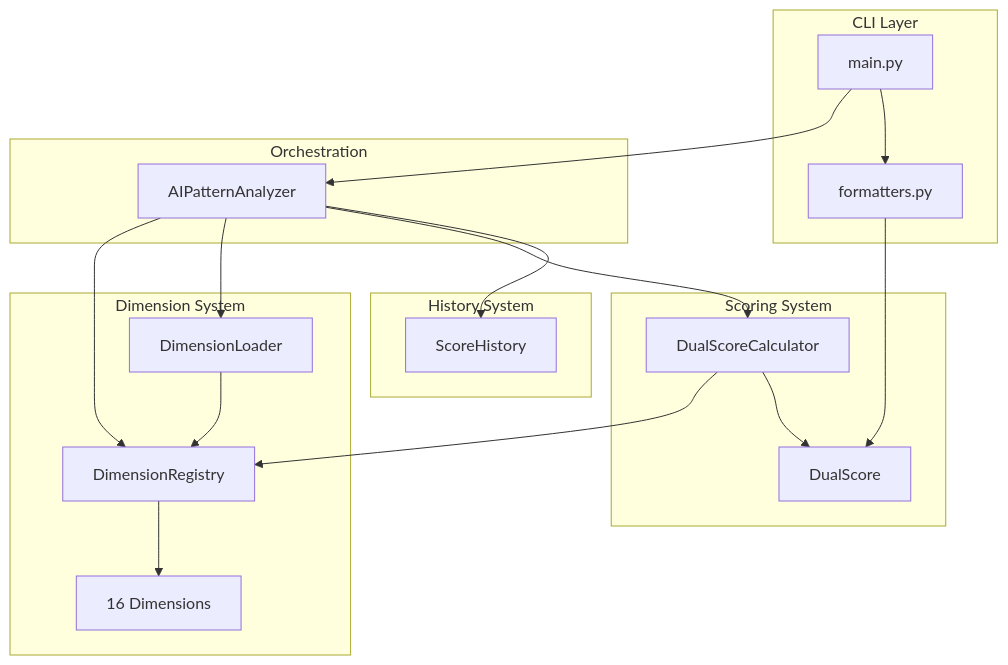
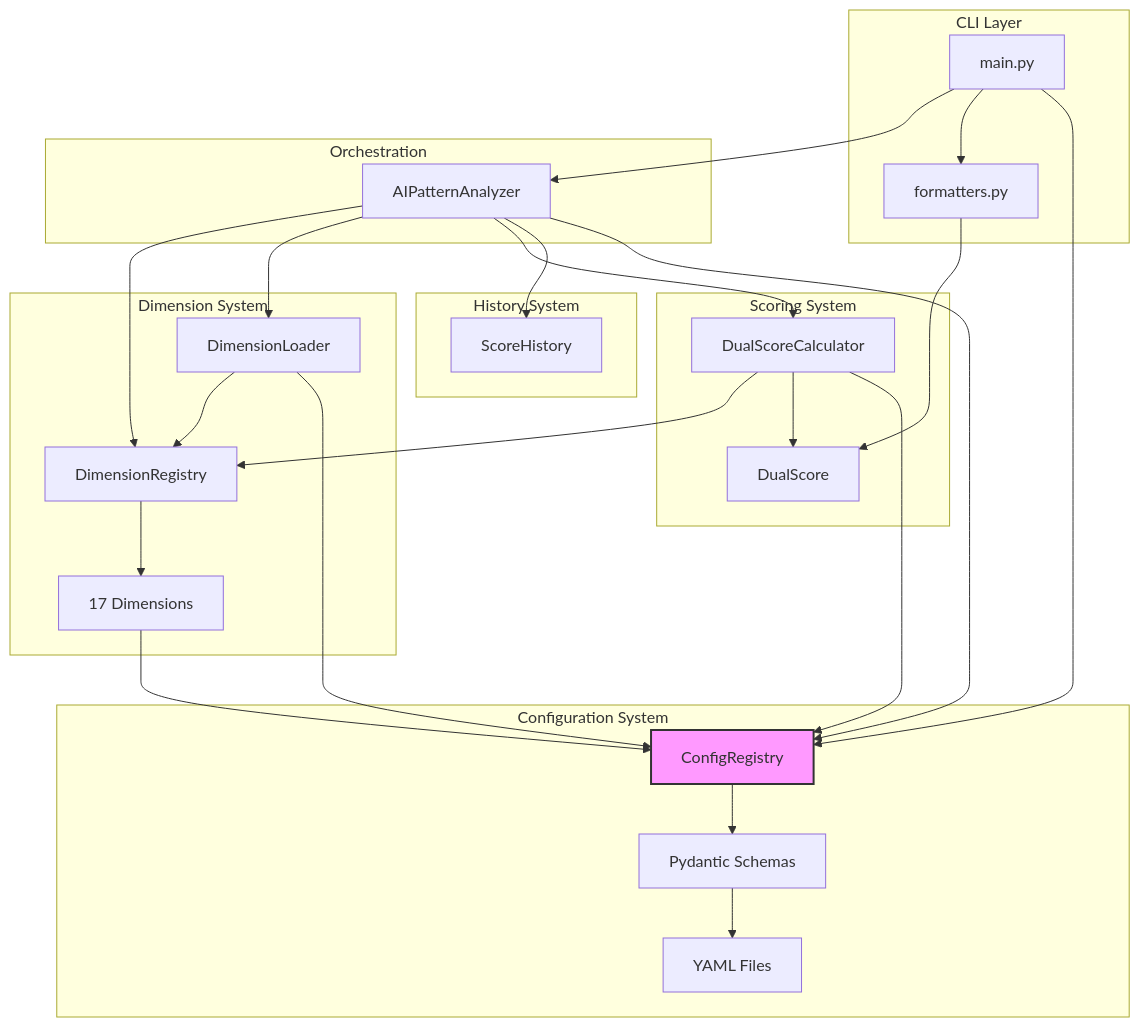
One commit to BOHICA-LABS/writescore changed the diagram in docs/architecture/3-component-architecture.md. Above: the diagram before and after it, drawn with Mermaid. The commit also changed other lines of this file and 8 other files, not shown here.

First line of the commit message:
docs: add Configuration Over Code story and architecture

````diff
--- a/docs/architecture/3-component-architecture.md
+++ b/docs/architecture/3-component-architecture.md
@@ -86,38 +122,53 @@
 ```mermaid
 graph TB
     subgraph CLI["CLI Layer"]
         MAIN[main.py]
         FMT[formatters.py]
     end
 
     subgraph ORCH["Orchestration"]
         APA[AIPatternAnalyzer]
     end
 
     subgraph DIM["Dimension System"]
-        REG[DimensionRegistry]
+        DREG[DimensionRegistry]
         LOAD[DimensionLoader]
-        D1[16 Dimensions]
+        D1[17 Dimensions]
     end
 
     subgraph SCORE["Scoring System"]
         CALC[DualScoreCalculator]
         DS[DualScore]
     end
 
     subgraph HIST["History System"]
         TRACK[ScoreHistory]
     end
 
+    subgraph CONFIG["Configuration System"]
+        CREG[ConfigRegistry]
+        SCHEMA[Pydantic Schemas]
+        YAML[YAML Files]
+    end
+
     MAIN --> APA
     MAIN --> FMT
-    APA --> REG
+    MAIN --> CREG
+    APA --> DREG
     APA --> LOAD
     APA --> CALC
     APA --> TRACK
-    LOAD --> REG
-    REG --> D1
-    CALC --> REG
+    APA --> CREG
+    LOAD --> DREG
+    LOAD --> CREG
+    DREG --> D1
+    D1 --> CREG
+    CALC --> DREG
     CALC --> DS
+    CALC --> CREG
     FMT --> DS
+    CREG --> SCHEMA
+    SCHEMA --> YAML
+
+    style CREG fill:#f9f,stroke:#333,stroke-width:2px
 ```
````
